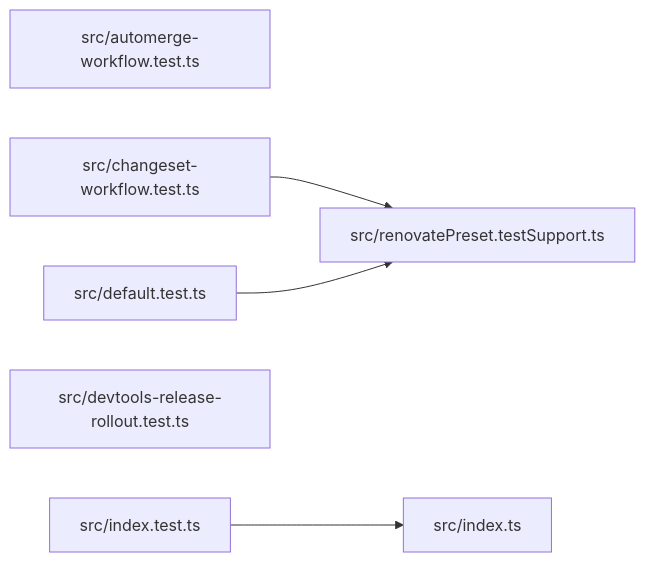
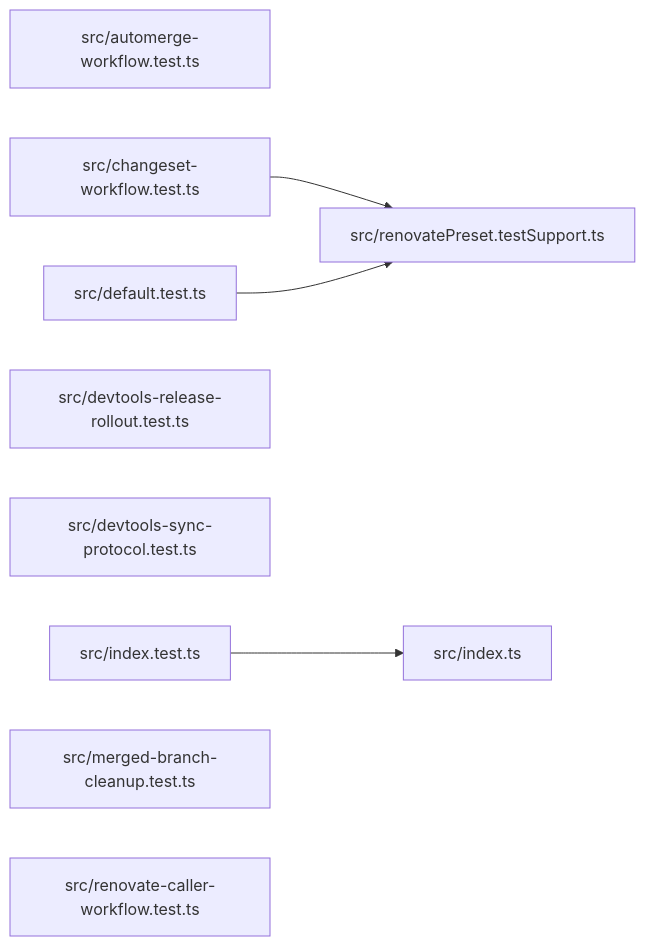
The diagram in paradox/diagrams/module-relationships.mmd (ankhorage/renovate), drawn with Mermaid before and after one commit. The commit also changed 11 other files, not shown here.

```diff
--- a/paradox/diagrams/module-relationships.mmd
+++ b/paradox/diagrams/module-relationships.mmd
@@ -1,11 +1,14 @@
 graph LR
   module_src_automerge_workflow_test_ts["src/automerge-workflow.test.ts"]
   module_src_changeset_workflow_test_ts["src/changeset-workflow.test.ts"]
   module_src_default_test_ts["src/default.test.ts"]
   module_src_devtools_release_rollout_test_ts["src/devtools-release-rollout.test.ts"]
+  module_src_devtools_sync_protocol_test_ts["src/devtools-sync-protocol.test.ts"]
   module_src_index_test_ts["src/index.test.ts"]
   module_src_index_ts["src/index.ts"]
+  module_src_merged_branch_cleanup_test_ts["src/merged-branch-cleanup.test.ts"]
+  module_src_renovate_caller_workflow_test_ts["src/renovate-caller-workflow.test.ts"]
   module_src_renovatePreset_testSupport_ts["src/renovatePreset.testSupport.ts"]
   module_src_changeset_workflow_test_ts --> module_src_renovatePreset_testSupport_ts
   module_src_default_test_ts --> module_src_renovatePreset_testSupport_ts
   module_src_index_test_ts --> module_src_index_ts
```
